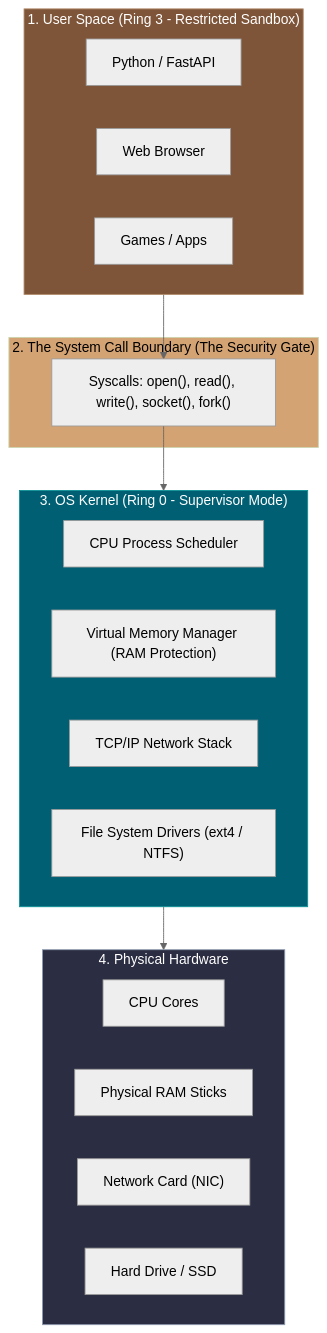
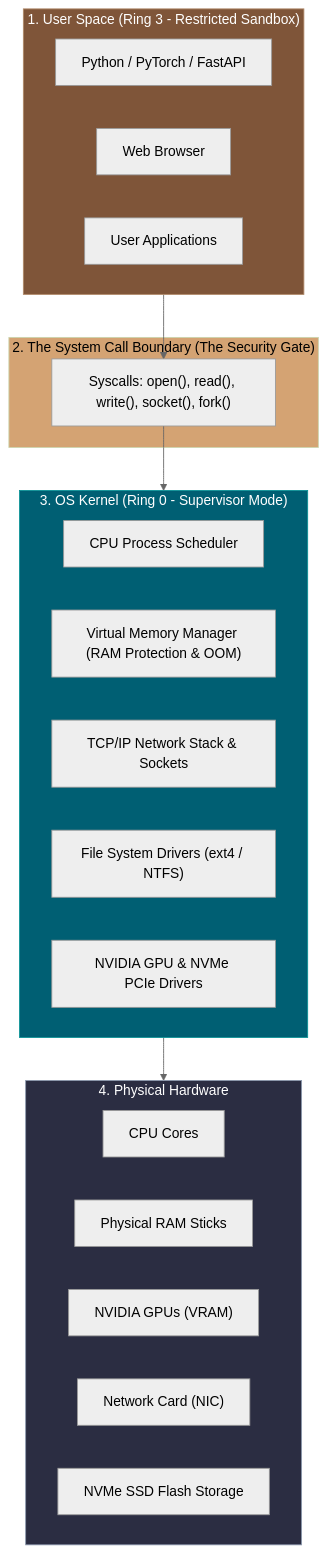
The first of 3 diagrams in explanations/what-is-the-os-kernel.md (madhankumar-chiluveri/ai-ml-course), drawn with Mermaid (neutral theme) before and after one commit. The commit also changed other lines of this file and 49 other files, not shown here.

````diff
--- a/explanations/what-is-the-os-kernel.md
+++ b/explanations/what-is-the-os-kernel.md
@@ -13,35 +13,37 @@
 ```mermaid
 flowchart TD
     subgraph USER_APPS ["1. User Space (Ring 3 - Restricted Sandbox)"]
-        PY["Python / FastAPI"]
+        PY["Python / PyTorch / FastAPI"]
         CHROME["Web Browser"]
-        GAME["Games / Apps"]
+        GAME["User Applications"]
     end
 
     subgraph SYSCALL ["2. The System Call Boundary (The Security Gate)"]
         GATE["Syscalls: open(), read(), write(), socket(), fork()"]
     end
 
     subgraph KERNEL ["3. OS Kernel (Ring 0 - Supervisor Mode)"]
         SCHED["CPU Process Scheduler"]
-        VM["Virtual Memory Manager (RAM Protection)"]
-        NET["TCP/IP Network Stack"]
+        VM["Virtual Memory Manager (RAM Protection & OOM)"]
+        NET["TCP/IP Network Stack & Sockets"]
         FS["File System Drivers (ext4 / NTFS)"]
+        DRV["NVIDIA GPU & NVMe PCIe Drivers"]
     end
 
     subgraph HARDWARE ["4. Physical Hardware"]
         CPU["CPU Cores"]
         RAM["Physical RAM Sticks"]
+        GPU["NVIDIA GPUs (VRAM)"]
         NIC["Network Card (NIC)"]
-        SSD["Hard Drive / SSD"]
+        SSD["NVMe SSD Flash Storage"]
     end
 
     USER_APPS --> GATE
     GATE --> KERNEL
     KERNEL --> HARDWARE
 
     style USER_APPS fill:#7f5539,stroke:#b08968,color:#fff
     style SYSCALL fill:#d4a373,stroke:#ccd5ae,color:#000
     style KERNEL fill:#005f73,stroke:#0a9396,color:#fff
     style HARDWARE fill:#2b2d42,stroke:#8d99ae,color:#fff
 ```
````
